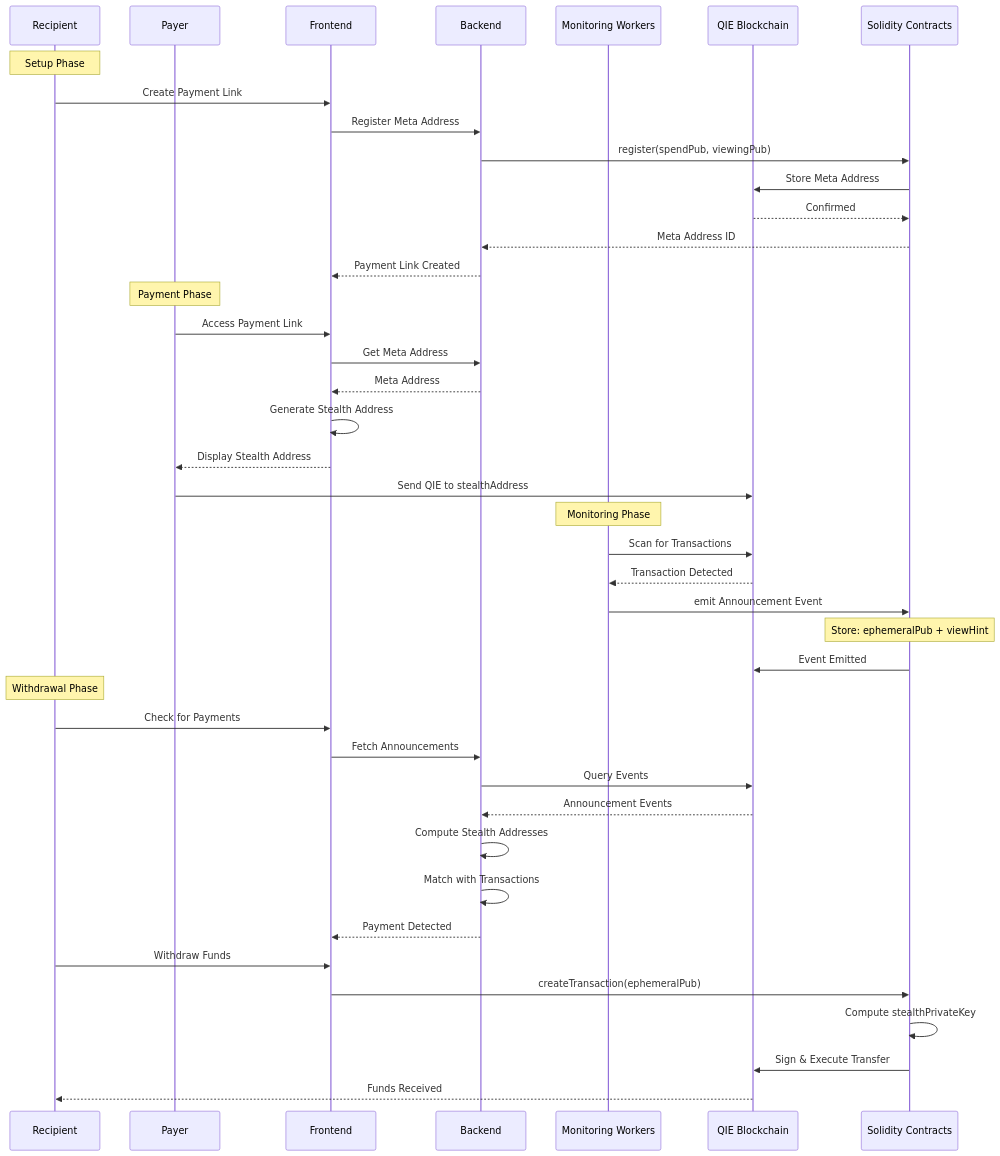
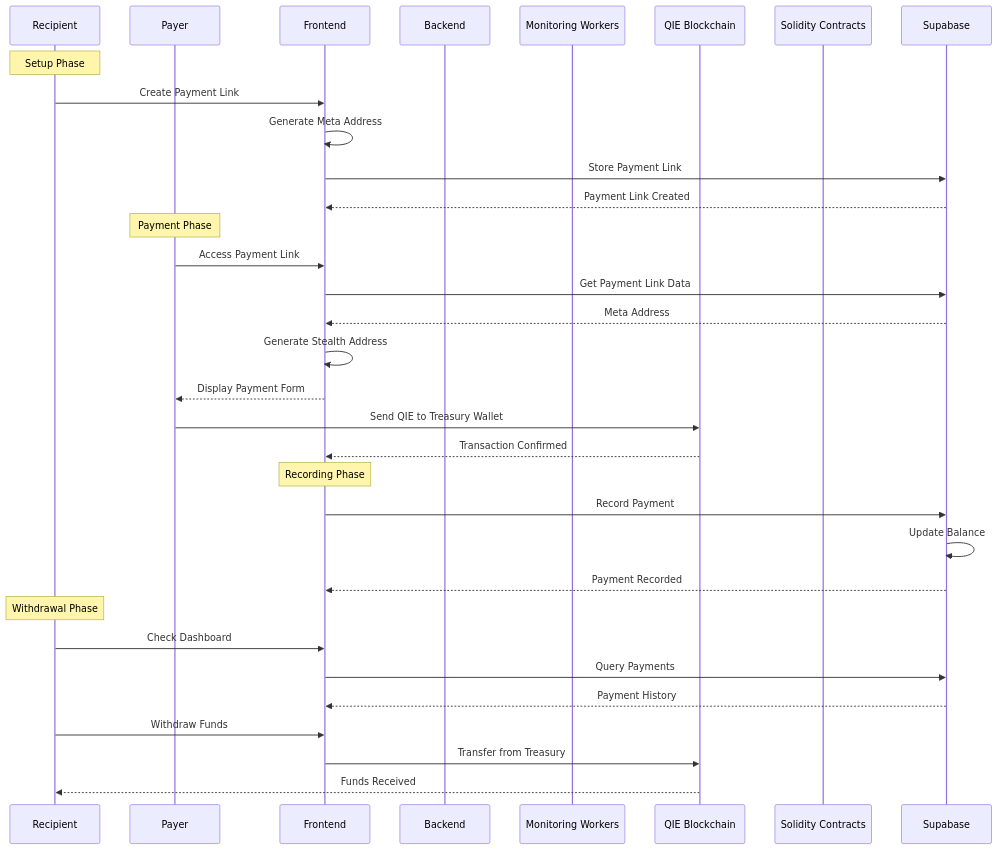
Before and after one commit to AmaanSayyad/Private-Pay-QIE: the third of 8 diagrams in README.md, drawn with Mermaid. The commit also changed other lines of this file, not shown here.

````diff
--- a/README.md
+++ b/README.md
@@ -345,48 +341,38 @@
 ```mermaid
 sequenceDiagram
     participant Recipient
     participant Payer
     participant Frontend
     participant Backend
     participant Workers as Monitoring Workers
     participant QIE as QIE Blockchain
     participant Solidity as Solidity Contracts
     
     Note over Recipient: Setup Phase
     Recipient->>Frontend: Create Payment Link
-    Frontend->>Backend: Register Meta Address
-    Backend->>Solidity: register(spendPub, viewingPub)
-    Solidity->>QIE: Store Meta Address
-    QIE-->>Solidity: Confirmed
-    Solidity-->>Backend: Meta Address ID
-    Backend-->>Frontend: Payment Link Created
+    Frontend->>Frontend: Generate Meta Address
+    Frontend->>Supabase: Store Payment Link
+    Supabase-->>Frontend: Payment Link Created
     
     Note over Payer: Payment Phase
     Payer->>Frontend: Access Payment Link
-    Frontend->>Backend: Get Meta Address
-    Backend-->>Frontend: Meta Address
+    Frontend->>Supabase: Get Payment Link Data
+    Supabase-->>Frontend: Meta Address
     Frontend->>Frontend: Generate Stealth Address
-    Frontend-->>Payer: Display Stealth Address
-    Payer->>QIE: Send QIE to stealthAddress
+    Frontend-->>Payer: Display Payment Form
+    Payer->>QIE: Send QIE to Treasury Wallet
+    QIE-->>Frontend: Transaction Confirmed
     
-    Note over Workers: Monitoring Phase
-    Workers->>QIE: Scan for Transactions
-    QIE-->>Workers: Transaction Detected
-    Workers->>Solidity: emit Announcement Event
-    Note over Solidity: Store: ephemeralPub + viewHint
-    Solidity->>QIE: Event Emitted
+    Note over Frontend: Recording Phase
+    Frontend->>Supabase: Record Payment
+    Supabase->>Supabase: Update Balance
+    Supabase-->>Frontend: Payment Recorded
     
     Note over Recipient: Withdrawal Phase
-    Recipient->>Frontend: Check for Payments
-    Frontend->>Backend: Fetch Announcements
-    Backend->>QIE: Query Events
-    QIE-->>Backend: Announcement Events
-    Backend->>Backend: Compute Stealth Addresses
-    Backend->>Backend: Match with Transactions
-    Backend-->>Frontend: Payment Detected
+    Recipient->>Frontend: Check Dashboard
+    Frontend->>Supabase: Query Payments
+    Supabase-->>Frontend: Payment History
     Recipient->>Frontend: Withdraw Funds
-    Frontend->>Solidity: createTransaction(ephemeralPub)
-    Solidity->>Solidity: Compute stealthPrivateKey
-    Solidity->>QIE: Sign & Execute Transfer
+    Frontend->>QIE: Transfer from Treasury
     QIE-->>Recipient: Funds Received
 ```
````
